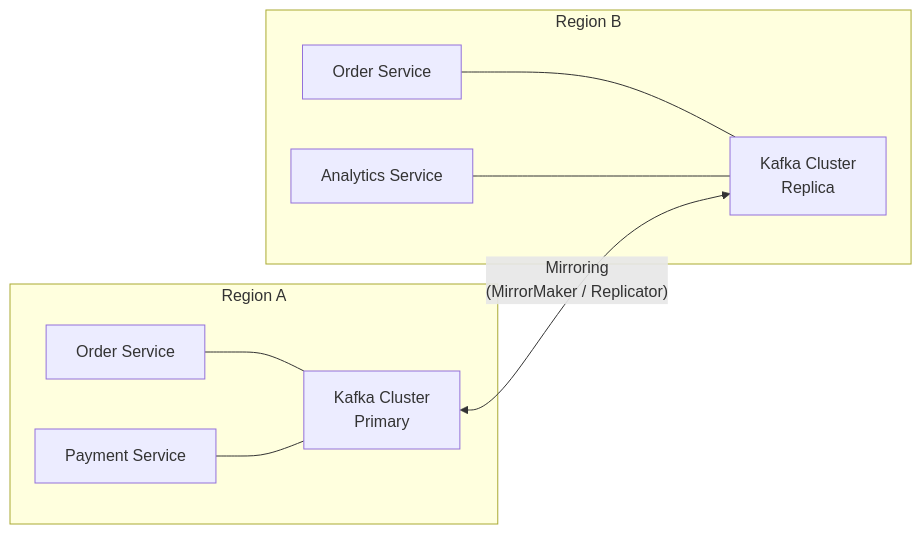
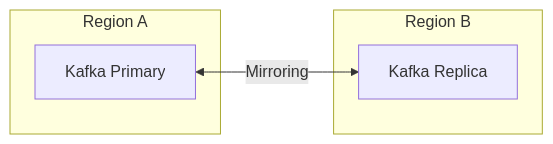
Before and after one commit to calmrocks/system-design-dive-deep: the seventh of 16 diagrams in Sessions/Event-Driven Architecture/Slides.md, drawn with Mermaid. The commit also changed other lines of this file and 2 other files, not shown here.

```diff
--- a/Sessions/Event-Driven Architecture/Slides.md
+++ b/Sessions/Event-Driven Architecture/Slides.md
@@ -337,18 +211,10 @@
 ~~~mermaid
 flowchart LR
     subgraph RA["Region A"]
-        KA[Kafka Cluster\nPrimary]
-        OSA[Order Service]
-        PSA[Payment Service]
-        OSA & PSA --- KA
+        KA[Kafka Primary]
     end
-
     subgraph RB["Region B"]
-        KB[Kafka Cluster\nReplica]
-        OSB[Order Service]
-        ANB[Analytics Service]
-        OSB & ANB --- KB
+        KB[Kafka Replica]
     end
-
-    KA <-->|"Mirroring\n(MirrorMaker / Replicator)"| KB
+    KA <-->|Mirroring| KB
 ~~~
```
